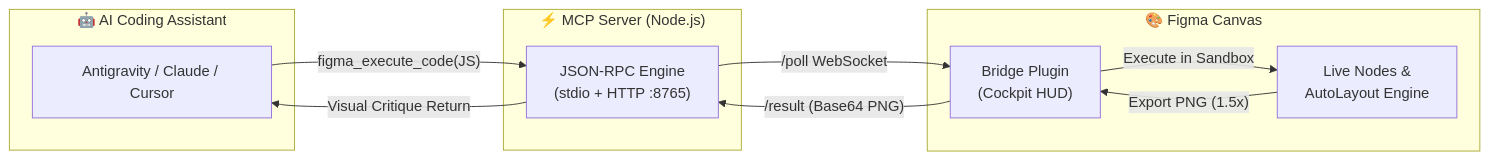
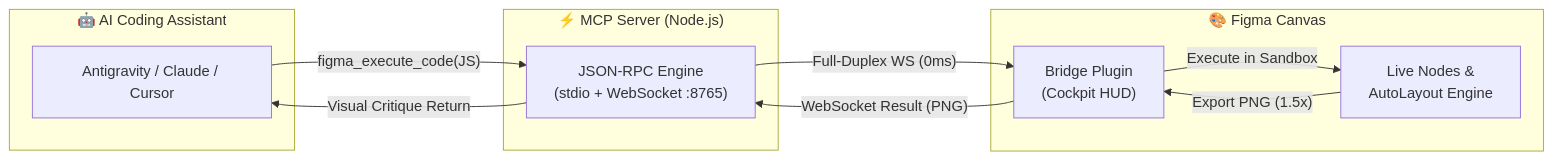
Before and after one commit to kolganovr/figma-mcp-bridge: the diagram in README.md, drawn with Mermaid. The commit also changed other lines of this file and 1 other file, not shown here.

Commit message:
docs: update README and AGENTS.md for WebSocket transport and agent installation protocol

````diff
--- a/README.md
+++ b/README.md
@@ -15,22 +15,22 @@
 ```mermaid
 flowchart LR
     subgraph AI["🤖 AI Coding Assistant"]
         LLM["Antigravity / Claude / Cursor"]
     end
 
     subgraph Bridge["⚡ MCP Server (Node.js)"]
-        Server["JSON-RPC Engine\n(stdio + HTTP :8765)"]
+        Server["JSON-RPC Engine\n(stdio + WebSocket :8765)"]
     end
 
     subgraph Figma["🎨 Figma Canvas"]
         Plugin["Bridge Plugin\n(Cockpit HUD)"]
         Canvas["Live Nodes &\nAutoLayout Engine"]
     end
 
     LLM -->|"figma_execute_code(JS)"| Server
-    Server -->|"/poll WebSocket"| Plugin
+    Server -->|"Full-Duplex WS (0ms)"| Plugin
     Plugin -->|"Execute in Sandbox"| Canvas
     Canvas -->|"Export PNG (1.5x)"| Plugin
-    Plugin -->|"/result (Base64 PNG)"| Server
+    Plugin -->|"WebSocket Result (PNG)"| Server
     Server -->|"Visual Critique Return"| LLM
 ```
````
